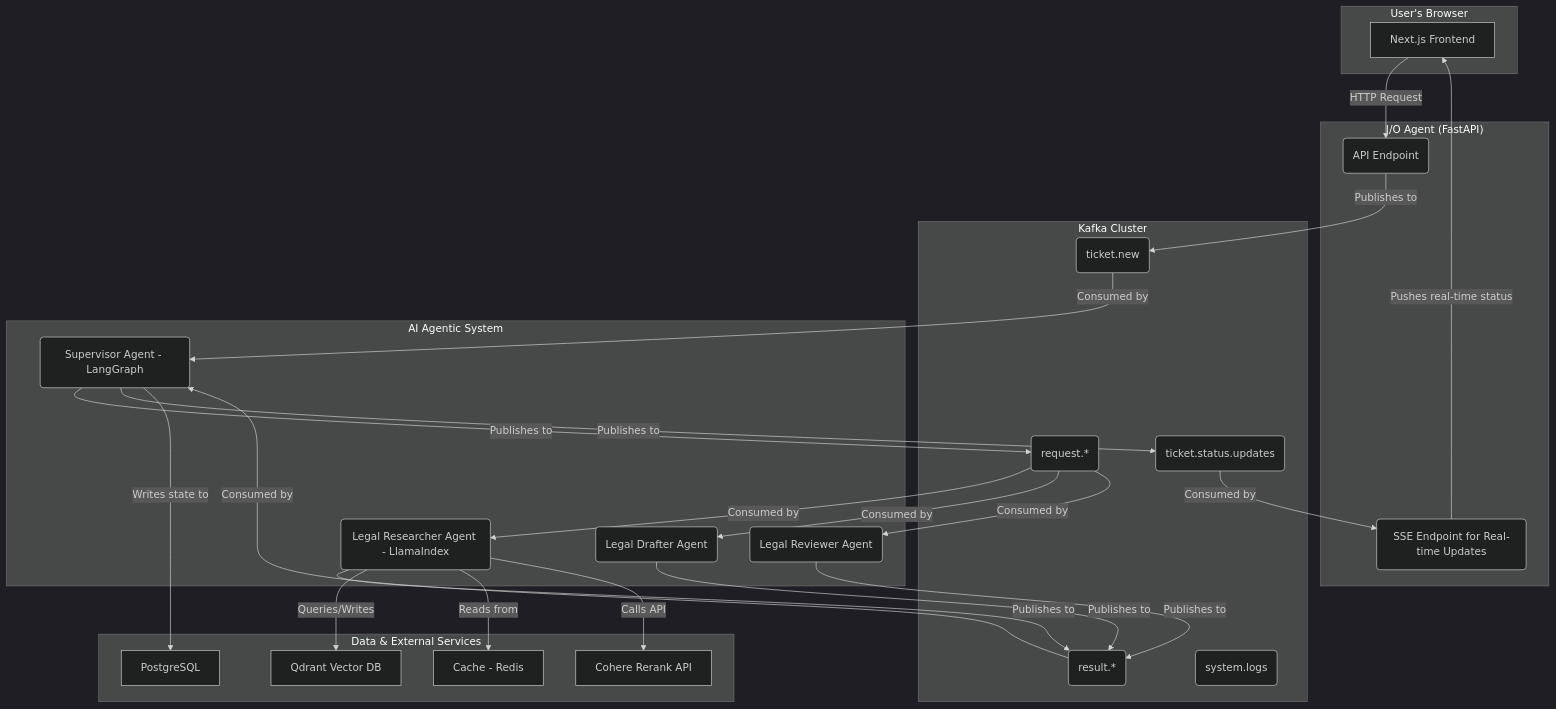
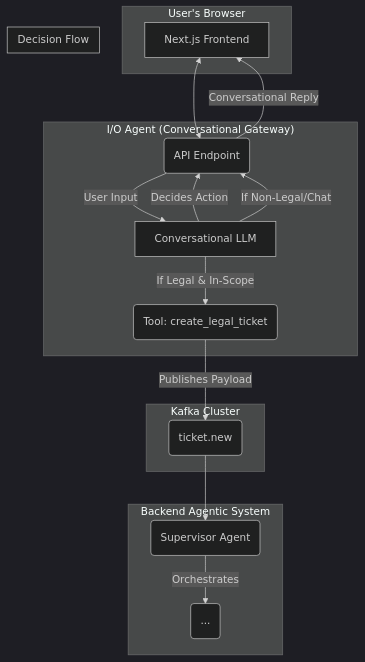
The first of 2 diagrams in README.md (RandyGunz21/themisai), drawn with Mermaid (dark theme) before and after one commit. The commit also changed other lines of this file, not shown here.

````diff
--- a/README.md
+++ b/README.md
@@ -120,52 +124,36 @@
 ```mermaid
 graph TD
     subgraph "User's Browser"
         A[Next.js Frontend]
     end
 
-    subgraph "I/O Agent (FastAPI)"
+    subgraph "I/O Agent (Conversational Gateway)"
         B(API Endpoint)
-        C(SSE Endpoint for Real-time Updates)
+        LLM_IO[Conversational LLM]
+        Tool(Tool: create_legal_ticket)
     end
 
     subgraph "Kafka Cluster"
         K1(ticket.new)
-        K2(request.*)
-        K3(result.*)
-        K4(ticket.status.updates)
-        K5(system.logs)
     end
 
-    subgraph "AI Agentic System"
-        D(Supervisor Agent - LangGraph)
-        E(Legal Researcher Agent - LlamaIndex)
-        F(Legal Drafter Agent)
-        G(Legal Reviewer Agent)
+    subgraph "Backend Agentic System"
+        D(Supervisor Agent)
+        E(...)
     end
 
-    subgraph "Data & External Services"
-        H[PostgreSQL]
-        I[Qdrant Vector DB]
-        J[Cohere Rerank API]
-        L[Cache - Redis]
+    A <--> B
+    B -- "User Input" --> LLM_IO
+    LLM_IO -- "Decides Action" --> B
+    
+    subgraph "Decision Flow"
+        direction LR
+        LLM_IO -- "If Legal & In-Scope" --> Tool
+        LLM_IO -- "If Non-Legal/Chat" --> B
     end
 
-    A -- HTTP Request --> B
-    B -- Publishes to --> K1
-    K1 -- Consumed by --> D
-    D -- Publishes to --> K2
-    K2 -- Consumed by --> E
-    K2 -- Consumed by --> F
-    K2 -- Consumed by --> G
-    E -- Publishes to --> K3
-    F -- Publishes to --> K3
-    G -- Publishes to --> K3
-    K3 -- Consumed by --> D
-    D -- Publishes to --> K4
-    K4 -- Consumed by --> C
-    C -- Pushes real-time status --> A
-    D -- Writes state to --> H
-    E -- Queries/Writes --> I
-    E -- Reads from --> L
-    E -- Calls API --> J
+    Tool -- "Publishes Payload" --> K1
+    B -- "Conversational Reply" --> A
+    K1 --> D
+    D -- Orchestrates --> E
 ```
````
